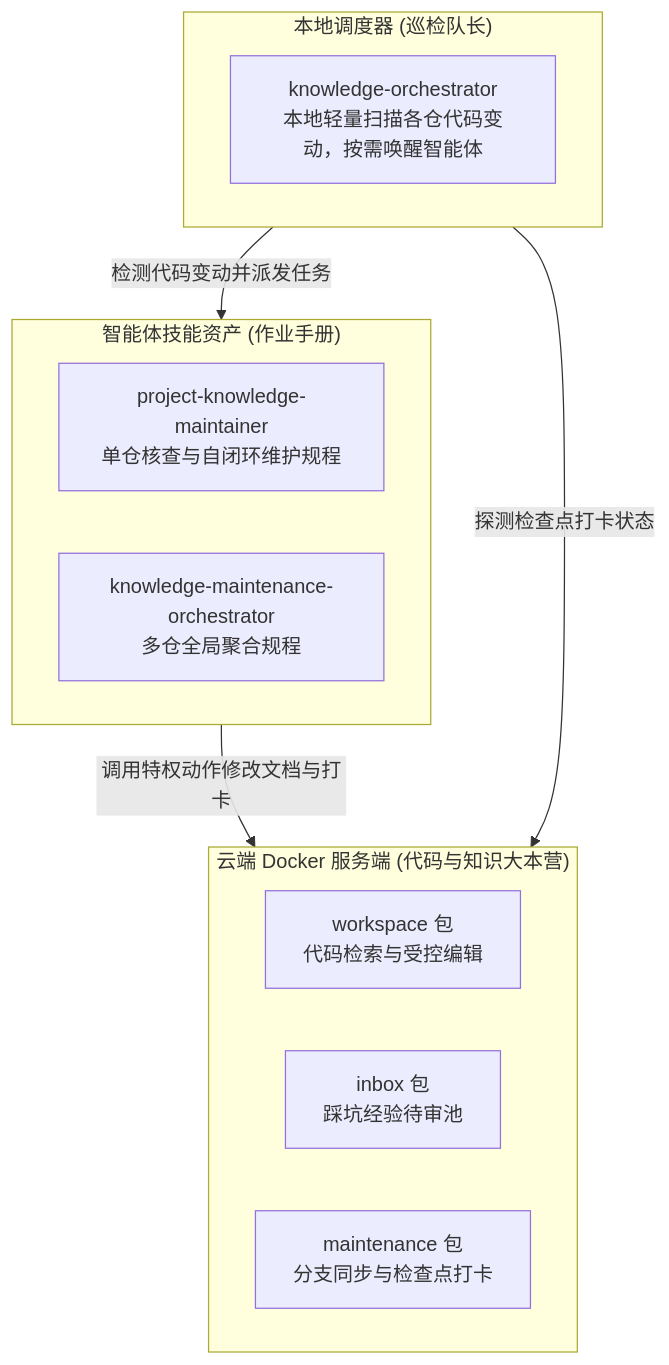
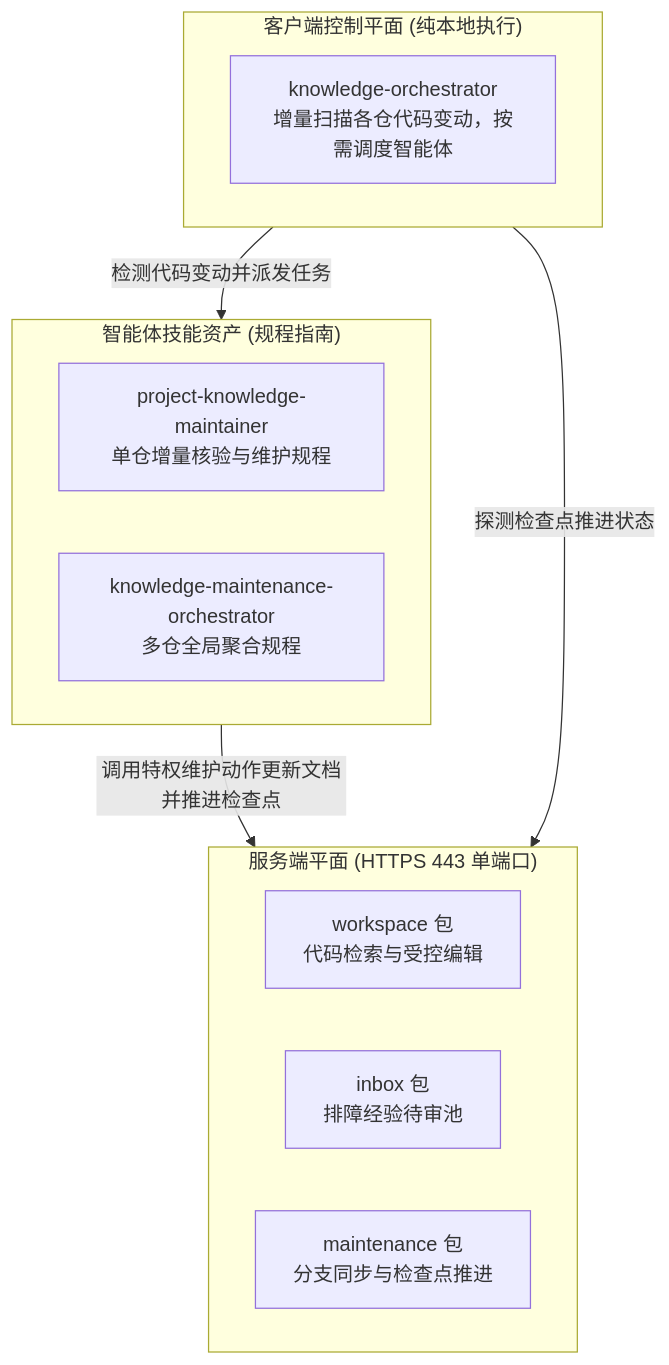
One commit to fjay/knowledge-dock changed the first of 3 diagrams in docs/architecture.md. Above: the diagram before and after it, drawn with Mermaid. The commit also changed other lines of this file and 4 other files, not shown here.

````diff
--- a/docs/architecture.md
+++ b/docs/architecture.md
@@ -9,21 +9,21 @@
 ```mermaid
 flowchart TD
-    subgraph ClientPlane ["本地调度器 (巡检队长)"]
-        Orchestrator["knowledge-orchestrator<br/>本地轻量扫描各仓代码变动，按需唤醒智能体"]
+    subgraph ClientPlane ["客户端控制平面 (纯本地执行)"]
+        Orchestrator["knowledge-orchestrator<br/>增量扫描各仓代码变动，按需调度智能体"]
     end
 
-    subgraph SkillsPlane ["智能体技能资产 (作业手册)"]
-        Maintainer["project-knowledge-maintainer<br/>单仓核查与自闭环维护规程"]
+    subgraph SkillsPlane ["智能体技能资产 (规程指南)"]
+        Maintainer["project-knowledge-maintainer<br/>单仓增量核验与维护规程"]
         OrchestratorSkill["knowledge-maintenance-orchestrator<br/>多仓全局聚合规程"]
     end
 
-    subgraph ServerPlane ["云端 Docker 服务端 (代码与知识大本营)"]
+    subgraph ServerPlane ["服务端平面 (HTTPS 443 单端口)"]
         Workspace["workspace 包<br/>代码检索与受控编辑"]
-        Inbox["inbox 包<br/>踩坑经验待审池"]
-        Maintenance["maintenance 包<br/>分支同步与检查点打卡"]
+        Inbox["inbox 包<br/>排障经验待审池"]
+        Maintenance["maintenance 包<br/>分支同步与检查点推进"]
     end
 
     ClientPlane -->|"检测代码变动并派发任务"| SkillsPlane
-    SkillsPlane -->|"调用特权动作修改文档与打卡"| ServerPlane
-    ClientPlane -->|"探测检查点打卡状态"| ServerPlane
+    SkillsPlane -->|"调用特权维护动作更新文档并推进检查点"| ServerPlane
+    ClientPlane -->|"探测检查点推进状态"| ServerPlane
 ```
````
